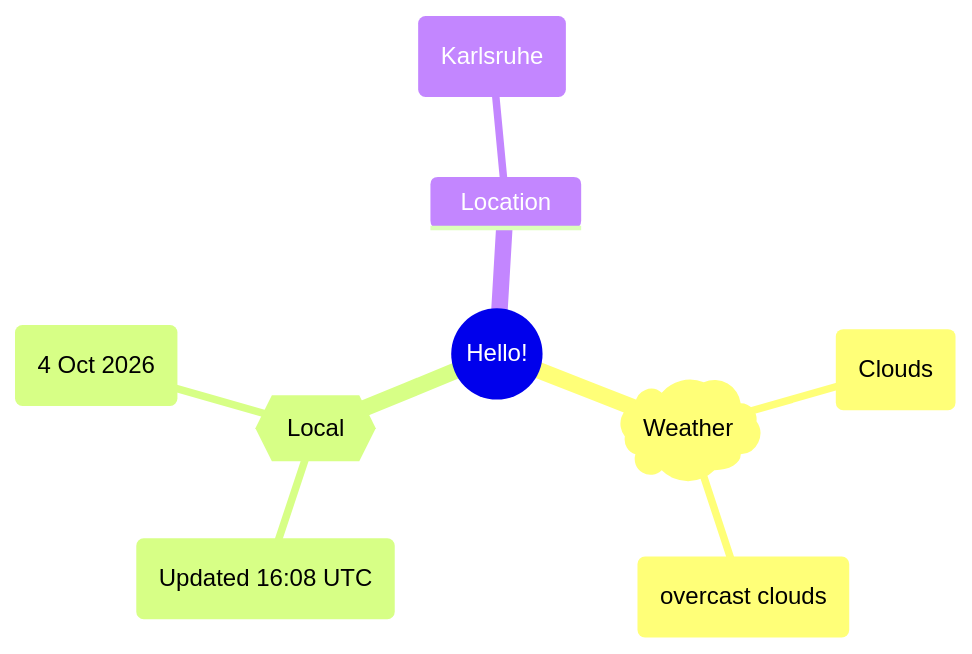
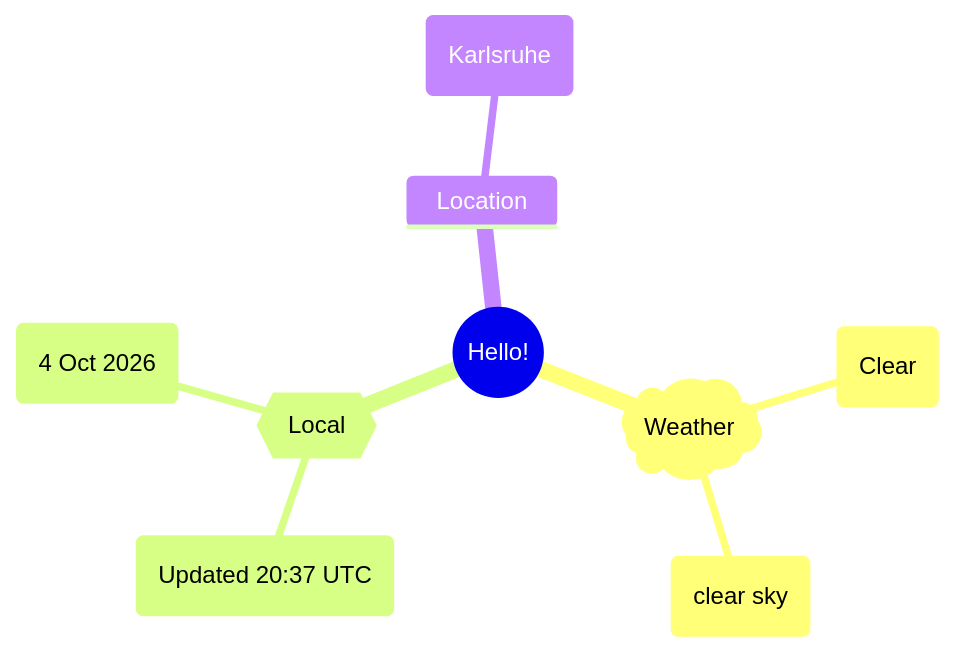
The first of 2 diagrams in README.md (Xosrov/Xosrov), drawn with Mermaid before and after one commit.

Commit message:
[bot] updated images

````diff
--- a/README.md
+++ b/README.md
@@ -3,12 +3,12 @@
 ```mermaid
 mindmap
   root((Hello!))
     )Weather(
-        (Clouds)
-        (overcast clouds)
+        (Clear)
+        (clear sky)
     {{Local}}
-        (Updated 16:08 UTC)
+        (Updated 20:37 UTC)
         (4 Oct 2026)
     Location
         (Karlsruhe)
 ```
````
